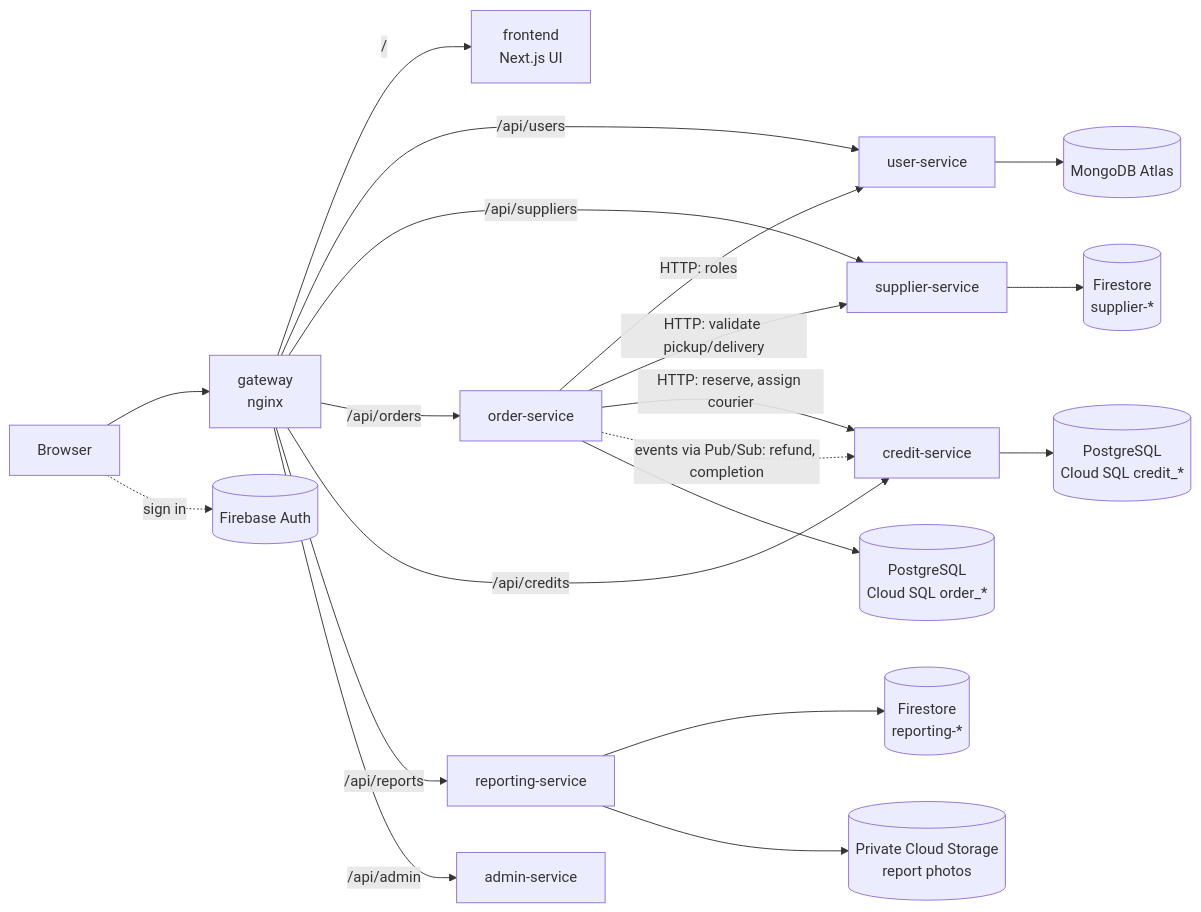
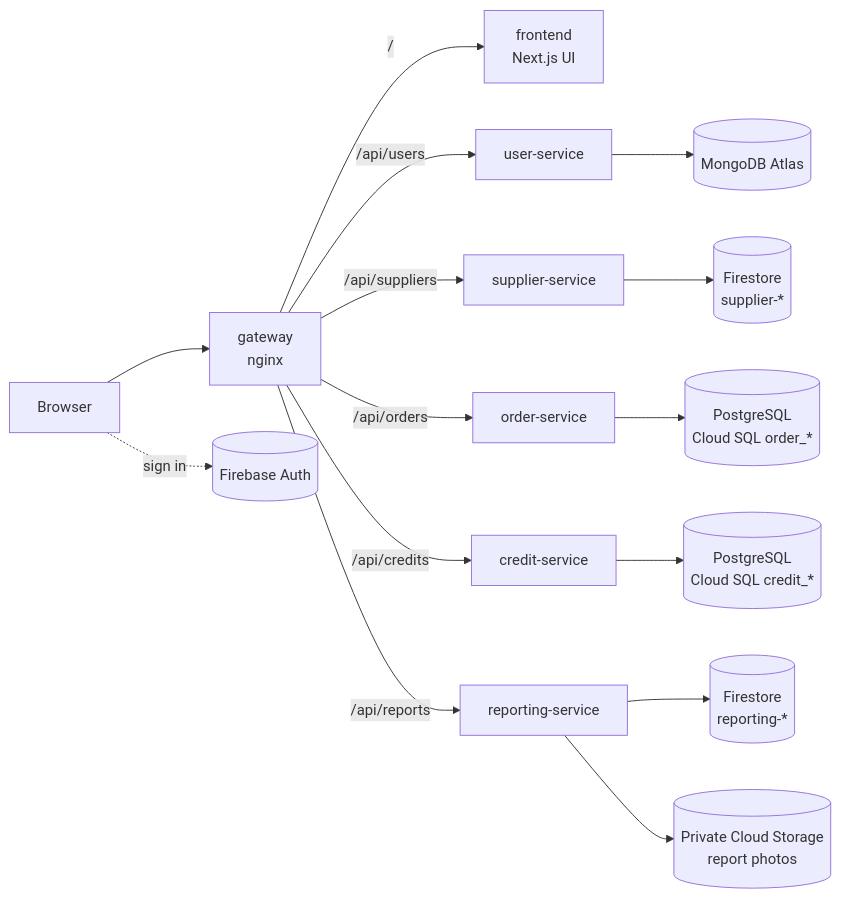
One commit to CS3219-AY2627S1/FoC-Template changed the first of 2 diagrams in README.md. Above: the diagram before and after it, drawn with Mermaid. The commit also changed other lines of this file and 2 other files, not shown here.

First line of the commit message:
docs: architecture and deployment diagrams, design decisions, team roles

````diff
--- a/README.md
+++ b/README.md
@@ -51,22 +55,17 @@
 ```mermaid
 flowchart LR
   browser[Browser] --> gateway[gateway<br/>nginx]
+  browser -. "sign in" .-> auth[(Firebase Auth)]
   gateway -- "/" --> frontend[frontend<br/>Next.js UI]
   gateway -- "/api/users" --> user[user-service]
   gateway -- "/api/suppliers" --> supplier[supplier-service]
   gateway -- "/api/orders" --> order[order-service]
   gateway -- "/api/credits" --> credit[credit-service]
   gateway -- "/api/reports" --> reporting[reporting-service]
-  gateway -- "/api/admin" --> admin[admin-service]
-  browser -. "sign in" .-> auth[(Firebase Auth)]
-  order -- "HTTP: roles" --> user
-  order -- "HTTP: validate pickup/delivery" --> supplier
-  order -- "HTTP: reserve, assign courier" --> credit
-  order -. "events via Pub/Sub: refund, completion" .-> credit
+  user --> udb[(MongoDB Atlas)]
   supplier --> sdb[(Firestore<br/>supplier-*)]
   order --> odb[(PostgreSQL<br/>Cloud SQL order_*)]
   credit --> cdb[(PostgreSQL<br/>Cloud SQL credit_*)]
   reporting --> rdb[(Firestore<br/>reporting-*)]
   reporting --> photos[(Private Cloud Storage<br/>report photos)]
-  user --> udb[(MongoDB Atlas)]
 ```
````
